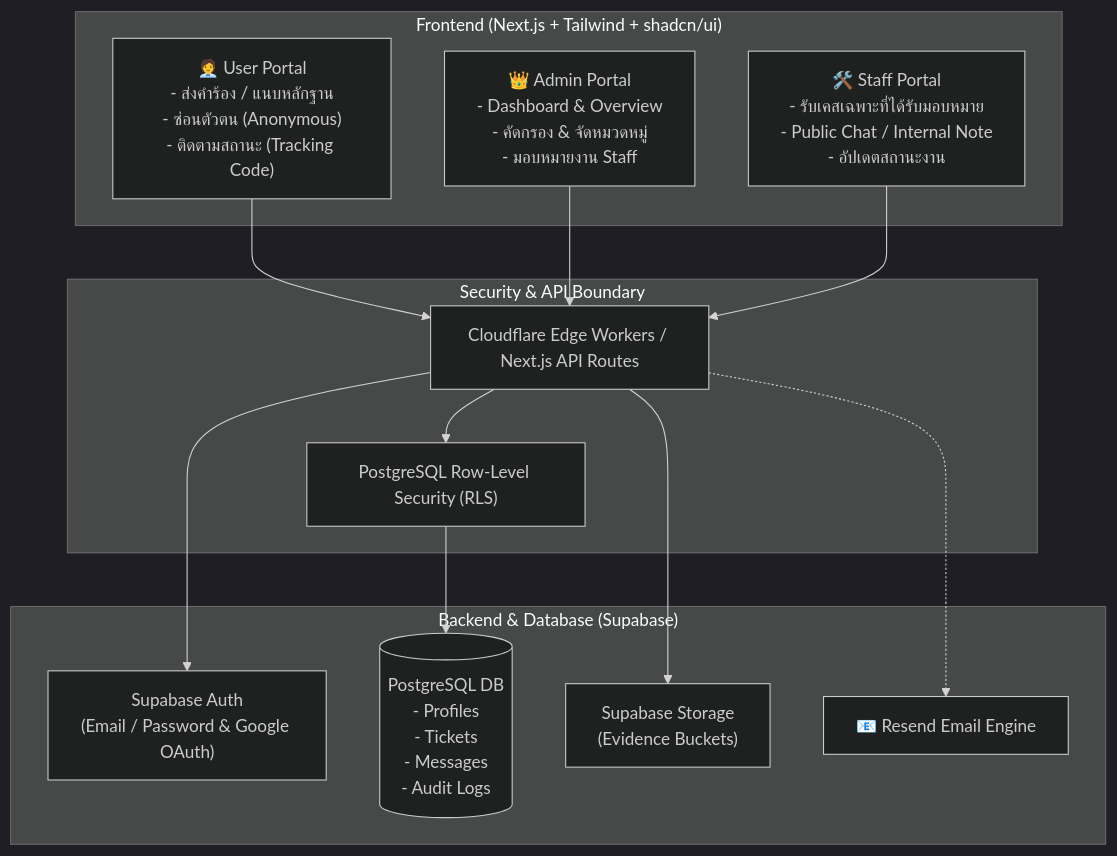
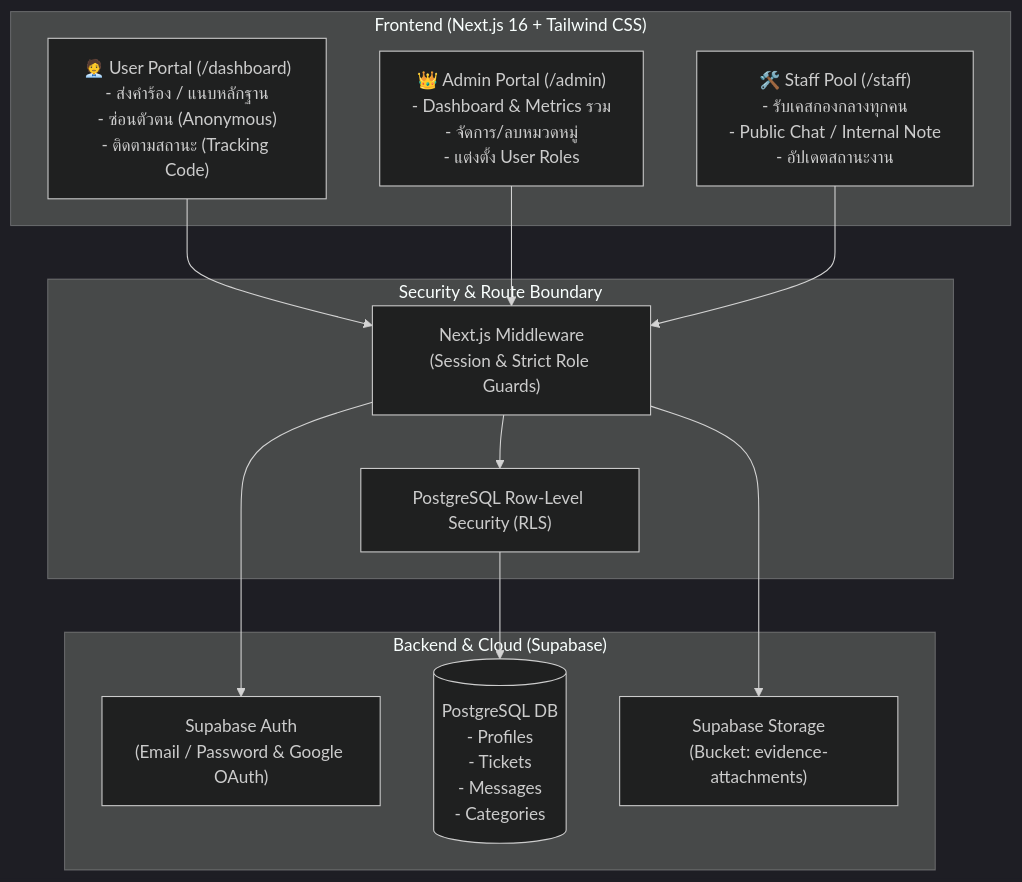
One commit to Hosxiz/complaintSystem changed the first of 2 diagrams in README.md. Above: the diagram before and after it, drawn with Mermaid (dark theme). The commit also changed other lines of this file, not shown here.

Commit message:
docs: update README with full system features, architecture diagram, and quick start guide

````diff
--- a/README.md
+++ b/README.md
@@ -36,30 +37,28 @@
 ```mermaid
 flowchart TD
-    subgraph Client ["Frontend (Next.js + Tailwind + shadcn/ui)"]
-        UserPortal["🧑‍💼 User Portal<br/>- ส่งคำร้อง / แนบหลักฐาน<br/>- ซ่อนตัวตน (Anonymous)<br/>- ติดตามสถานะ (Tracking Code)"]
-        AdminPortal["👑 Admin Portal<br/>- Dashboard & Overview<br/>- คัดกรอง & จัดหมวดหมู่<br/>- มอบหมายงาน Staff"]
-        StaffPortal["🛠️ Staff Portal<br/>- รับเคสเฉพาะที่ได้รับมอบหมาย<br/>- Public Chat / Internal Note<br/>- อัปเดตสถานะงาน"]
+    subgraph Client ["Frontend (Next.js 16 + Tailwind CSS)"]
+        UserPortal["🧑‍💼 User Portal (/dashboard)<br/>- ส่งคำร้อง / แนบหลักฐาน<br/>- ซ่อนตัวตน (Anonymous)<br/>- ติดตามสถานะ (Tracking Code)"]
+        StaffPortal["🛠️ Staff Pool (/staff)<br/>- รับเคสกองกลางทุกคน<br/>- Public Chat / Internal Note<br/>- อัปเดตสถานะงาน"]
+        AdminPortal["👑 Admin Portal (/admin)<br/>- Dashboard & Metrics รวม<br/>- จัดการ/ลบหมวดหมู่<br/>- แต่งตั้ง User Roles"]
     end
 
-    subgraph SecurityBoundary ["Security & API Boundary"]
-        Cloudflare["Cloudflare Edge Workers / Next.js API Routes"]
+    subgraph SecurityBoundary ["Security & Route Boundary"]
+        Middleware["Next.js Middleware<br/>(Session & Strict Role Guards)"]
         RLS["PostgreSQL Row-Level Security (RLS)"]
     end
 
-    subgraph Backend ["Backend & Database (Supabase)"]
+    subgraph Backend ["Backend & Cloud (Supabase)"]
         Auth["Supabase Auth<br/>(Email / Password & Google OAuth)"]
-        DB[("PostgreSQL DB<br/>- Profiles<br/>- Tickets<br/>- Messages<br/>- Audit Logs")]
-        Storage["Supabase Storage<br/>(Evidence Buckets)"]
-        ResendAPI["📧 Resend Email Engine"]
+        DB[("PostgreSQL DB<br/>- Profiles<br/>- Tickets<br/>- Messages<br/>- Categories")]
+        Storage["Supabase Storage<br/>(Bucket: evidence-attachments)"]
     end
 
-    UserPortal --> Cloudflare
-    AdminPortal --> Cloudflare
-    StaffPortal --> Cloudflare
+    UserPortal --> Middleware
+    AdminPortal --> Middleware
+    StaffPortal --> Middleware
 
-    Cloudflare --> RLS
+    Middleware --> RLS
     RLS --> DB
-    Cloudflare --> Auth
-    Cloudflare --> Storage
-    Cloudflare -.-> ResendAPI
+    Middleware --> Auth
+    Middleware --> Storage
 ```
````
